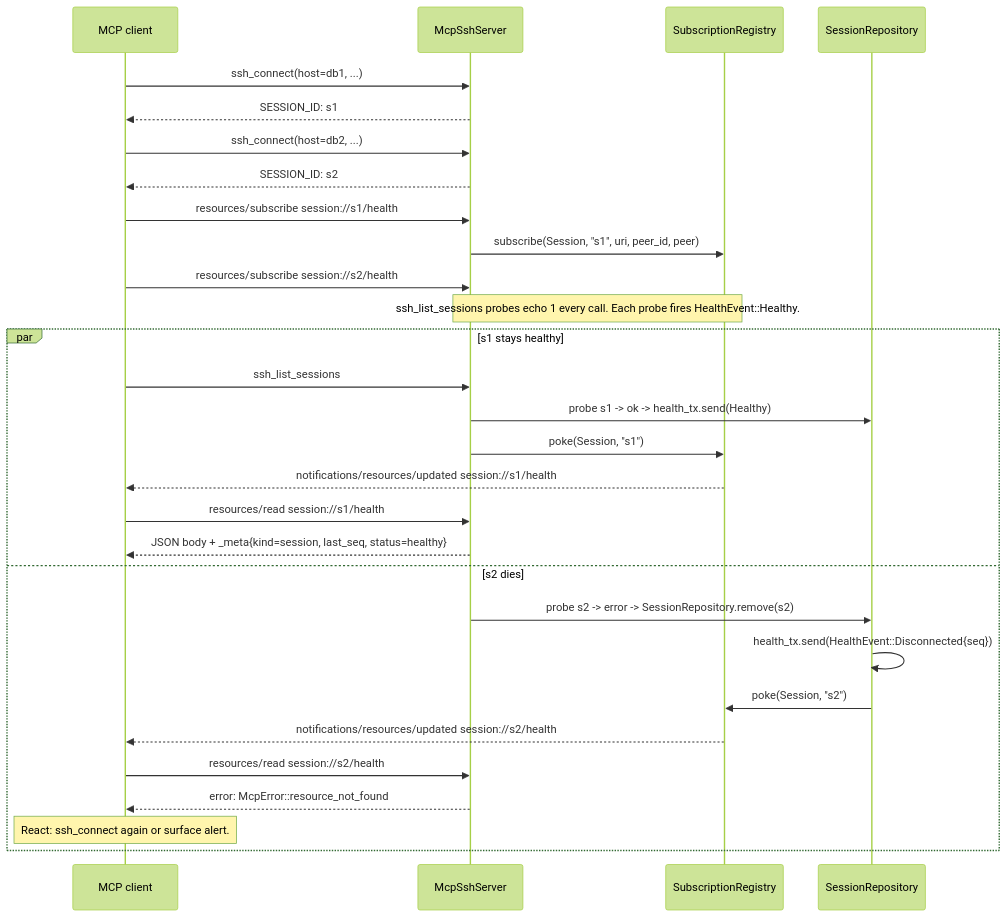
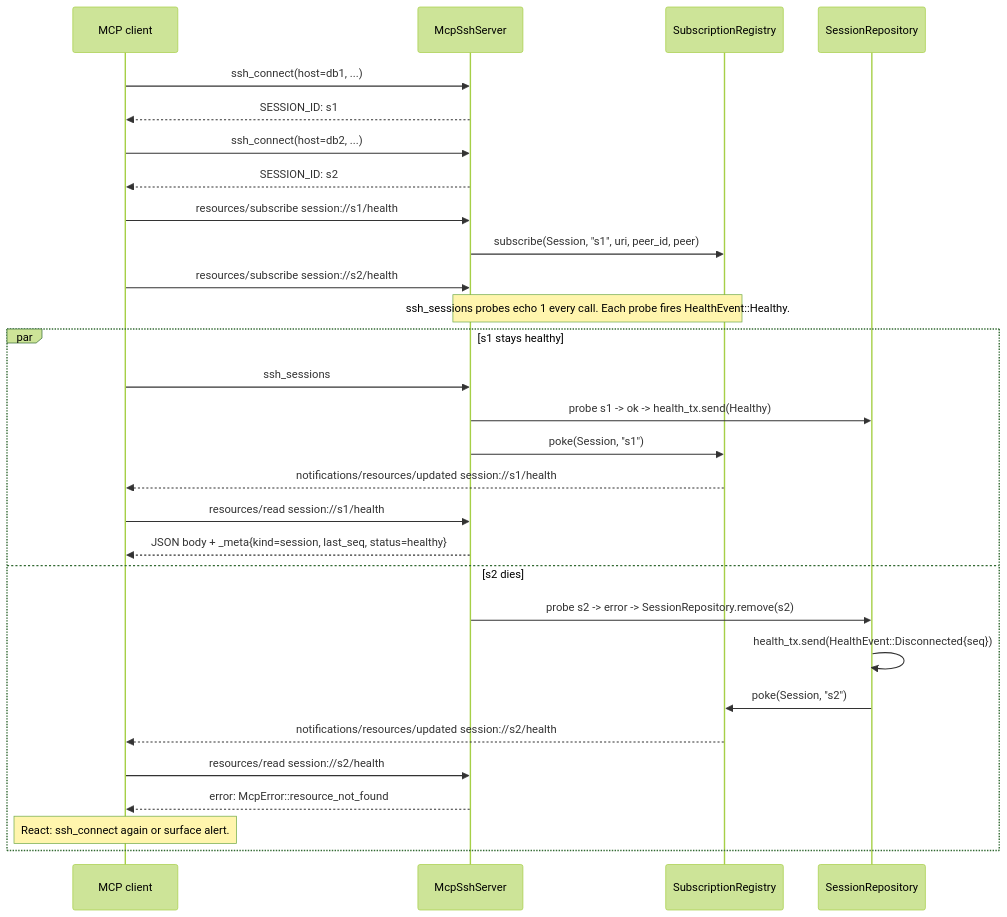
Before and after one commit to farchanjo/ssh-mcp: the seventh of 7 diagrams in docs/OPERATIONS.md, drawn with Mermaid (forest theme). The commit also changed other lines of this file and 61 other files, not shown here.

````diff
--- a/docs/OPERATIONS.md
+++ b/docs/OPERATIONS.md
@@ -765,35 +765,35 @@
 ```mermaid
 sequenceDiagram
     participant Client as MCP client
     participant Server as McpSshServer
     participant Reg as SubscriptionRegistry
     participant SS as SessionRepository
 
     Client->>Server: ssh_connect(host=db1, ...)
     Server-->>Client: SESSION_ID: s1
     Client->>Server: ssh_connect(host=db2, ...)
     Server-->>Client: SESSION_ID: s2
 
     Client->>Server: resources/subscribe session://s1/health
     Server->>Reg: subscribe(Session, "s1", uri, peer_id, peer)
     Client->>Server: resources/subscribe session://s2/health
 
-    Note over Server,Reg: ssh_list_sessions probes echo 1 every call. Each probe fires HealthEvent::Healthy.
+    Note over Server,Reg: ssh_sessions probes echo 1 every call. Each probe fires HealthEvent::Healthy.
 
     par s1 stays healthy
-        Client->>Server: ssh_list_sessions
+        Client->>Server: ssh_sessions
         Server->>SS: probe s1 -> ok -> health_tx.send(Healthy)
         Server->>Reg: poke(Session, "s1")
         Reg-->>Client: notifications/resources/updated session://s1/health
         Client->>Server: resources/read session://s1/health
         Server-->>Client: JSON body + _meta{kind=session, last_seq, status=healthy}
     and s2 dies
         Server->>SS: probe s2 -> error -> SessionRepository.remove(s2)
         SS->>SS: health_tx.send(HealthEvent::Disconnected{seq})
         SS->>Reg: poke(Session, "s2")
         Reg-->>Client: notifications/resources/updated session://s2/health
         Client->>Server: resources/read session://s2/health
         Server-->>Client: error: McpError::resource_not_found
         Note over Client: React: ssh_connect again or surface alert.
     end
 ```
````
